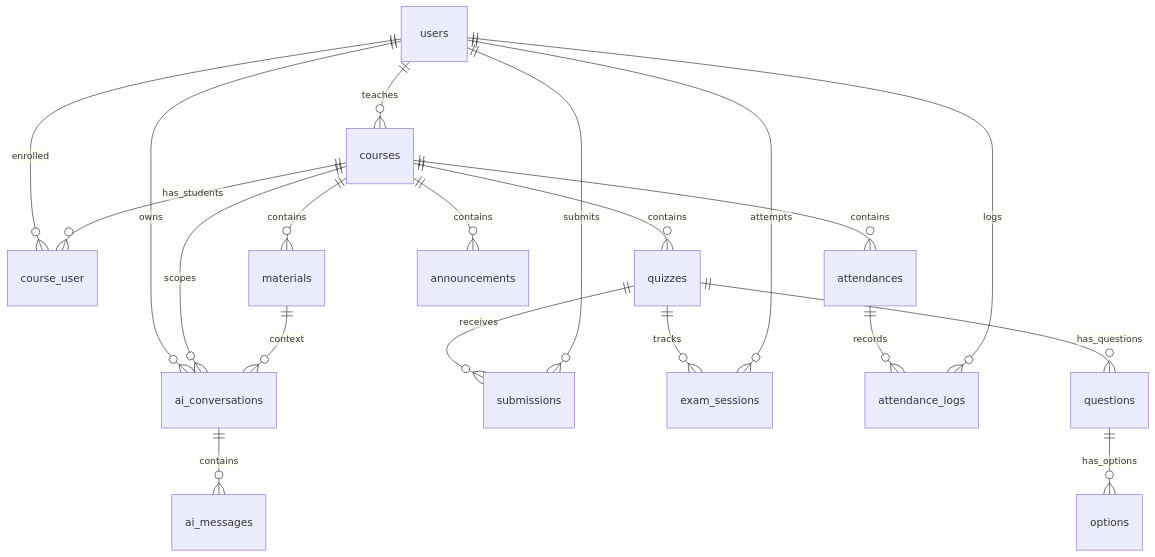
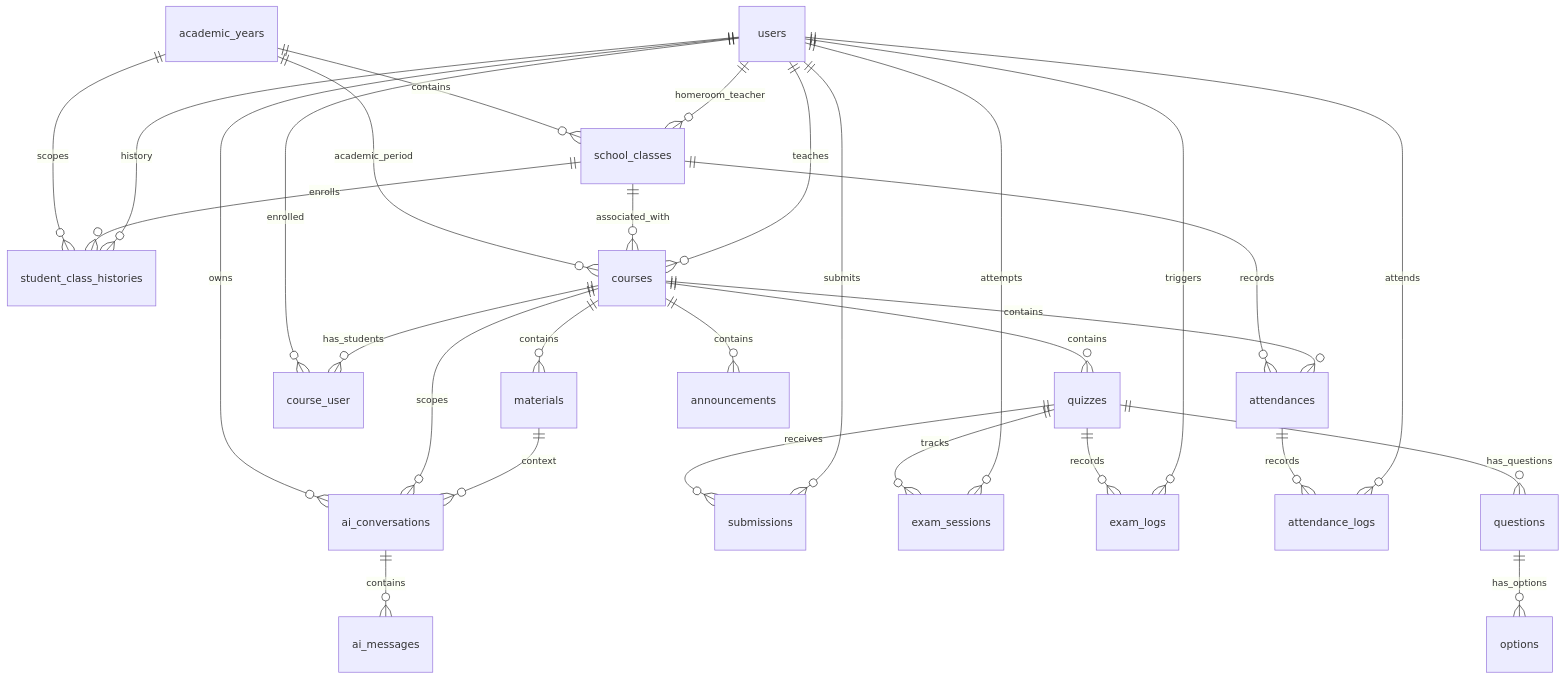
One commit to rizkidwisaputra646/eduva changed the diagram in prd.md. Above: the diagram before and after it, drawn with Mermaid. The commit also changed other lines of this file and 54 other files, not shown here.

````diff
--- a/prd.md
+++ b/prd.md
@@ -235,25 +242,39 @@
 ```mermaid
 erDiagram
+    academic_years ||--o{ school_classes : "contains"
+    academic_years ||--o{ student_class_histories : "scopes"
+    academic_years ||--o{ courses : "academic_period"
+    
+    school_classes ||--o{ student_class_histories : "enrolls"
+    school_classes ||--o{ courses : "associated_with"
+    school_classes ||--o{ attendances : "records"
+    users ||--o{ school_classes : "homeroom_teacher"
+    
+    users ||--o{ student_class_histories : "history"
     users ||--o{ courses : "teaches"
     users ||--o{ course_user : "enrolled"
     courses ||--o{ course_user : "has_students"
+    
     courses ||--o{ materials : "contains"
     courses ||--o{ quizzes : "contains"
     courses ||--o{ attendances : "contains"
     courses ||--o{ announcements : "contains"
     
     quizzes ||--o{ questions : "has_questions"
     questions ||--o{ options : "has_options"
     quizzes ||--o{ submissions : "receives"
     quizzes ||--o{ exam_sessions : "tracks"
+    quizzes ||--o{ exam_logs : "records"
+    
     users ||--o{ submissions : "submits"
     users ||--o{ exam_sessions : "attempts"
+    users ||--o{ exam_logs : "triggers"
     
     attendances ||--o{ attendance_logs : "records"
-    users ||--o{ attendance_logs : "logs"
+    users ||--o{ attendance_logs : "attends"
     
     users ||--o{ ai_conversations : "owns"
     courses ||--o{ ai_conversations : "scopes"
     materials ||--o{ ai_conversations : "context"
     ai_conversations ||--o{ ai_messages : "contains"
 ```
````
